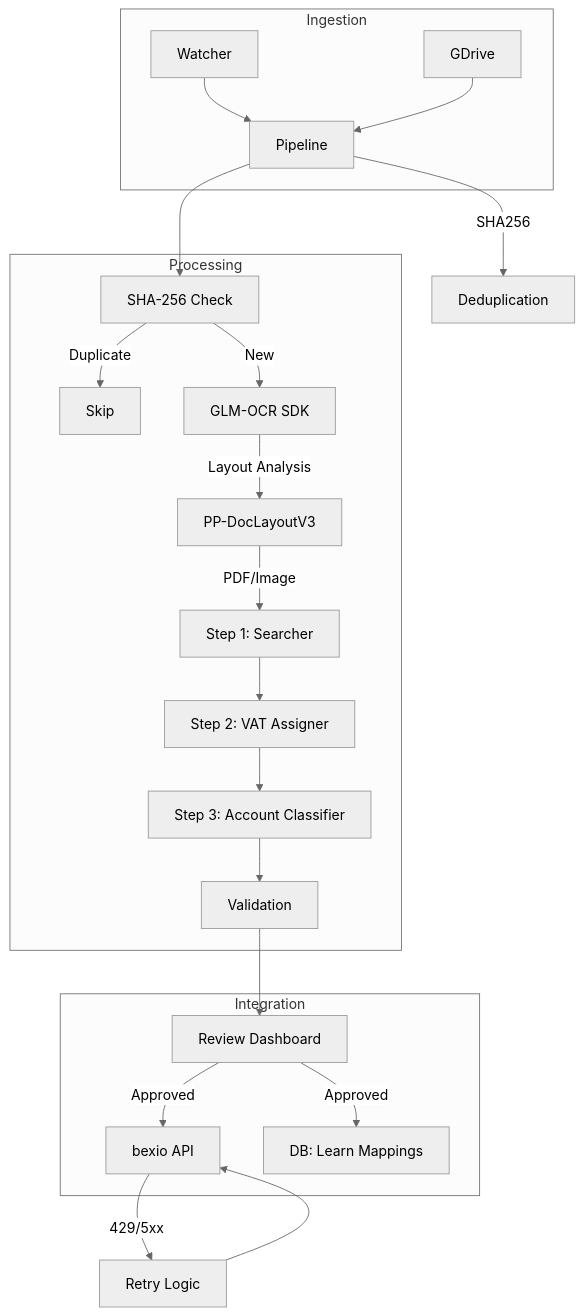
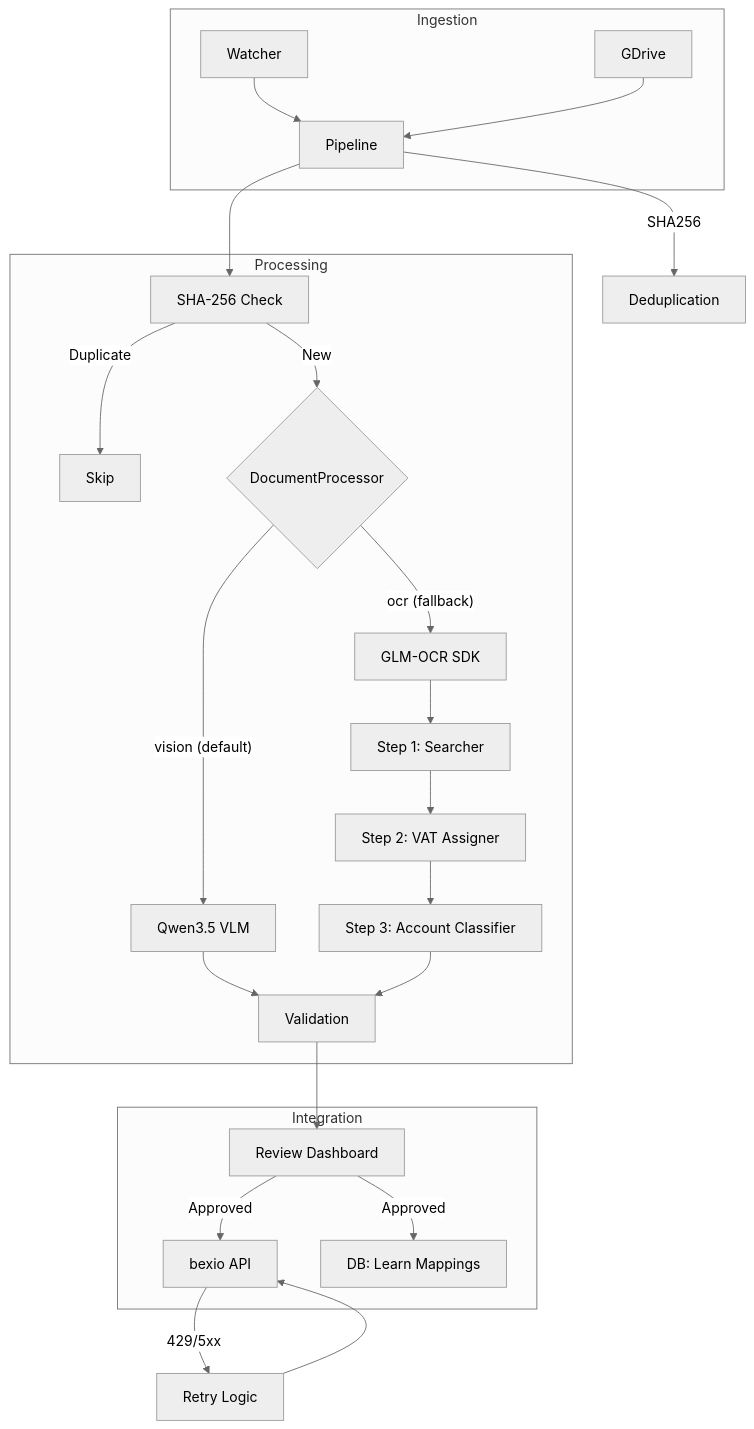
The diagram in README.md (tazztone/bexio-receipts), drawn with Mermaid (neutral theme) before and after one commit. The commit also changed other lines of this file and 8 other files, not shown here.

First line of the commit message:
docs: update default vision model to Qwen3.5-9B

````diff
--- a/README.md
+++ b/README.md
@@ -65,28 +65,30 @@
 ```mermaid
 graph TD
     subgraph Ingestion
         FW["Watcher"] --> P["Pipeline"]
         GD["GDrive"] --> P
     end
 
     subgraph Processing
         P --> DB_Hash[SHA-256 Check]
         DB_Hash -- Duplicate --> Skip[Skip]
-        DB_Hash -- New --> OCR_SDK[GLM-OCR SDK]
-        OCR_SDK -- Layout Analysis --> PP_DocLayout[PP-DocLayoutV3]
-        PP_DocLayout -- PDF/Image --> LLM_S1[Step 1: Searcher]
+        DB_Hash -- New --> DP{DocumentProcessor}
+        DP -- "vision (default)" --> VLM[Qwen3.5 VLM]
+        DP -- "ocr (fallback)" --> OCR_SDK[GLM-OCR SDK]
+        VLM --> VAL[Validation]
+        OCR_SDK --> LLM_S1[Step 1: Searcher]
         LLM_S1 --> LLM_S2[Step 2: VAT Assigner]
         LLM_S2 --> LLM_S3[Step 3: Account Classifier]
-        LLM_S3 --> VAL[Validation]
+        LLM_S3 --> VAL
     end
 
     subgraph Integration
         VAL --> RD["Review Dashboard"]
         RD -- Approved --> BEX["bexio API"]
         RD -- Approved --> DB_Learn[DB: Learn Mappings]
     end
 
     BEX -- 429/5xx --> Retry["Retry Logic"]
     Retry --> BEX
     P -- SHA256 --> DB["Deduplication"]
 ```
````
